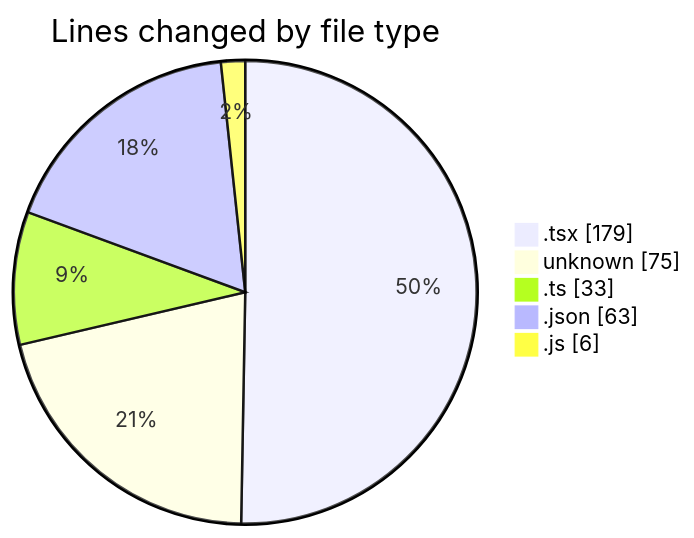
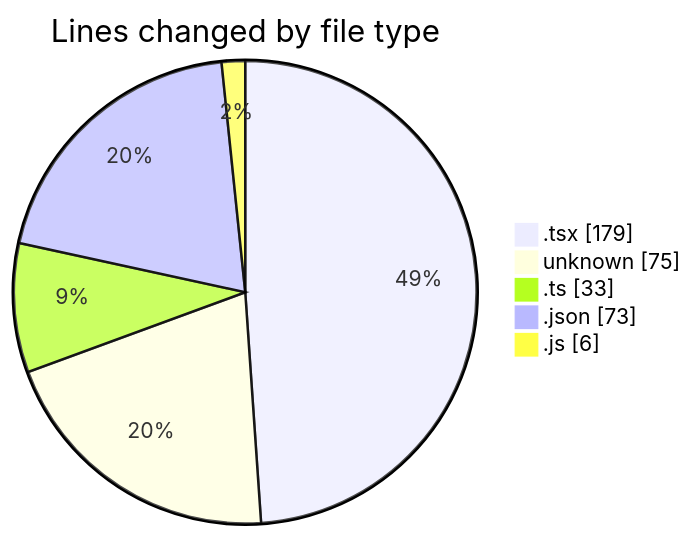
The first of 2 diagrams in 2025-05-21/niten/README.md (Elitesun/code-tracking), drawn with Mermaid before and after one commit. The commit also changed other lines of this file and 1 other file, not shown here.

````diff
--- a/2025-05-21/niten/README.md
+++ b/2025-05-21/niten/README.md
@@ -29,9 +29,9 @@
 ```mermaid
 pie showData
 title Lines changed by file type
 ".tsx" : 179
 "unknown" : 75
 ".ts" : 33
-".json" : 63
+".json" : 73
 ".js" : 6
 ```
````
